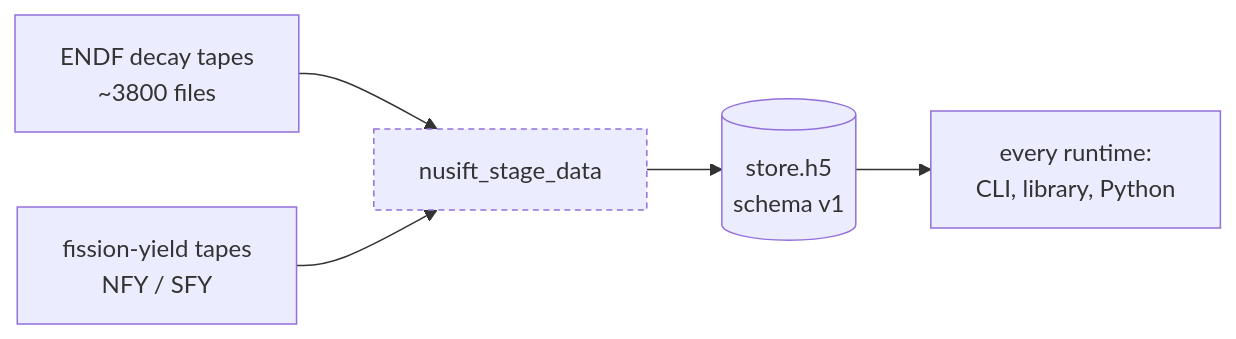
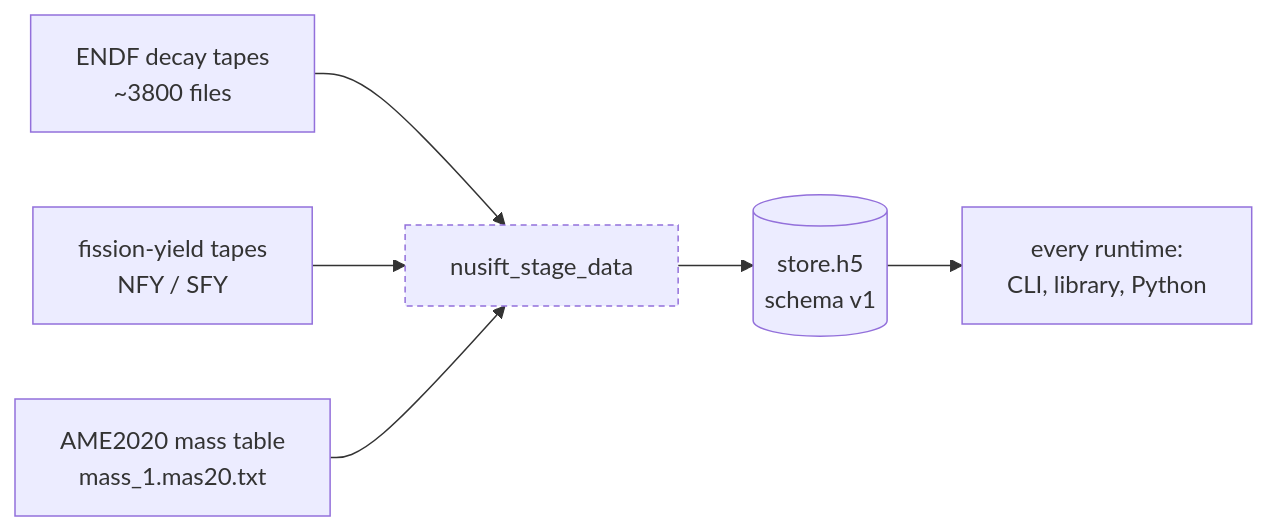
Before and after one commit to lefebvre/nusift: the diagram in docs/nuclear-data.md, drawn with Mermaid. The commit also changed other lines of this file and 23 other files, not shown here.

````diff
--- a/docs/nuclear-data.md
+++ b/docs/nuclear-data.md
@@ -16,8 +16,9 @@
 ```mermaid
 flowchart LR
     A["ENDF decay tapes<br/>~3800 files"] --> S["nusift_stage_data"]
     B["fission-yield tapes<br/>NFY / SFY"] --> S
+    C["AME2020 mass table<br/>mass_1.mas20.txt"] --> S
     S --> H[("store.h5<br/>schema v1")]
     H --> R["every runtime:<br/>CLI, library, Python"]
     style S stroke-dasharray: 4 3
 ```
````
